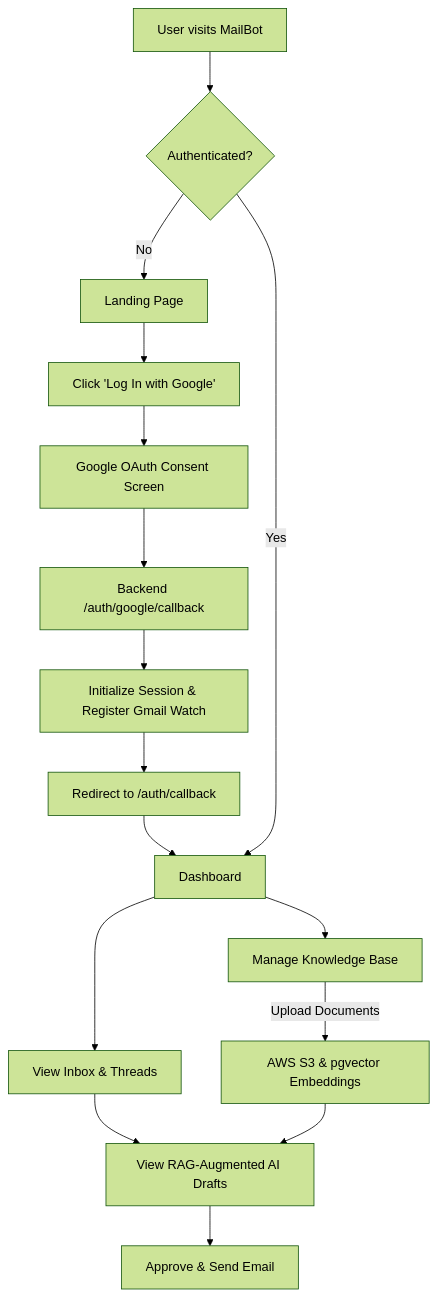
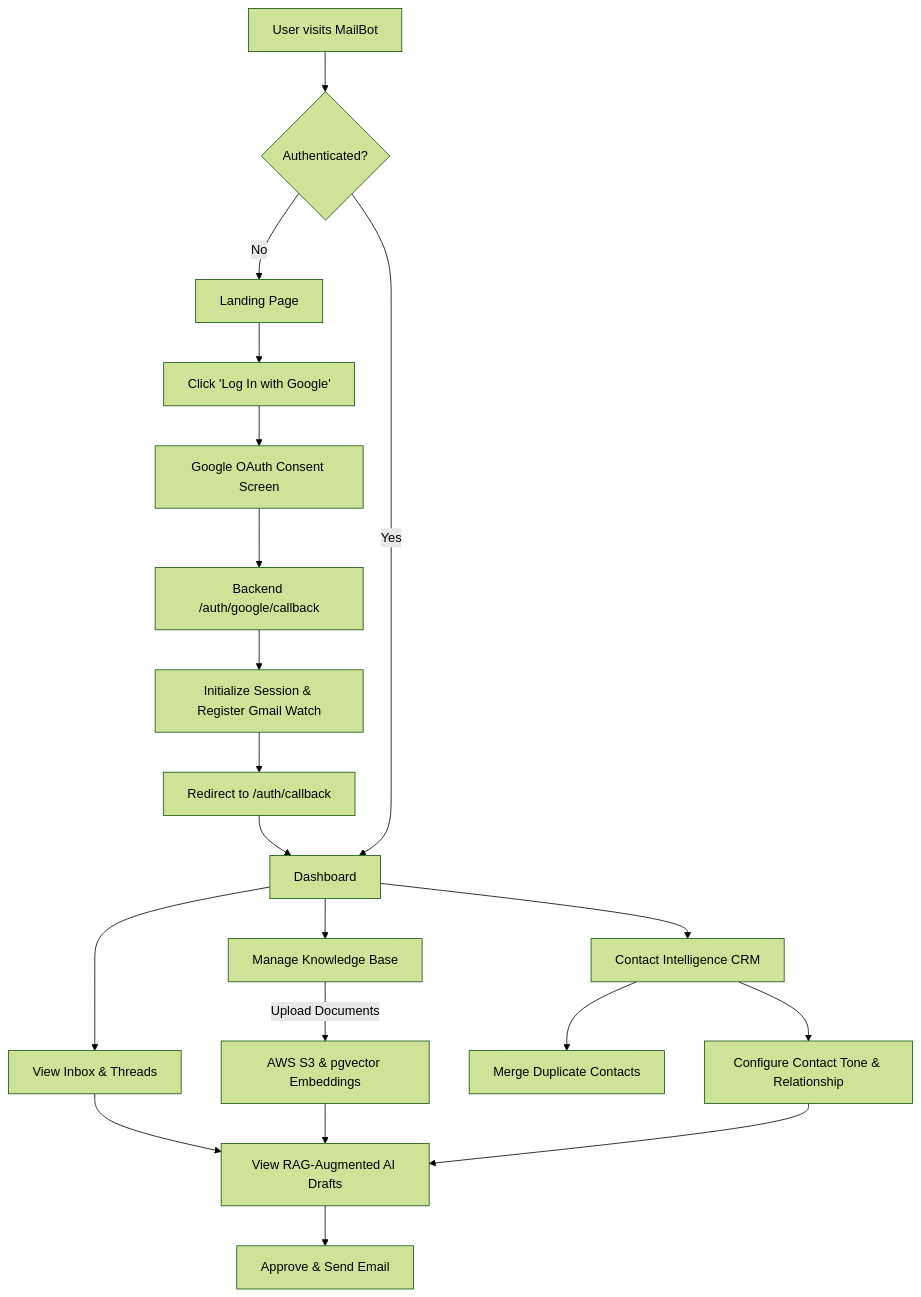
Before and after one commit to Lancerhawk/MailBot: the first of 5 diagrams in README.md, drawn with Mermaid (forest theme). The commit also changed other lines of this file, not shown here.

Commit message:
docs: update README diagrams with detailed AI CRM flow and new Prisma schema

````diff
--- a/README.md
+++ b/README.md
@@ -71,18 +71,22 @@
 ```mermaid
 graph TD
     A[User visits MailBot] --> B{Authenticated?}
     B -->|No| C[Landing Page]
     C --> D[Click 'Log In with Google']
     D --> E[Google OAuth Consent Screen]
     E --> F[Backend /auth/google/callback]
     F --> G[Initialize Session & Register Gmail Watch]
     G --> H[Redirect to /auth/callback]
     H --> I[Dashboard]
     B -->|Yes| I[Dashboard]
     I --> J[View Inbox & Threads]
     I --> K[Manage Knowledge Base]
+    I --> O[Contact Intelligence CRM]
+    O --> P[Merge Duplicate Contacts]
+    O --> Q[Configure Contact Tone & Relationship]
     K --> |Upload Documents| L[AWS S3 & pgvector Embeddings]
     J --> M[View RAG-Augmented AI Drafts]
     L --> M
+    Q --> M
     M --> N[Approve & Send Email]
 ```
````
